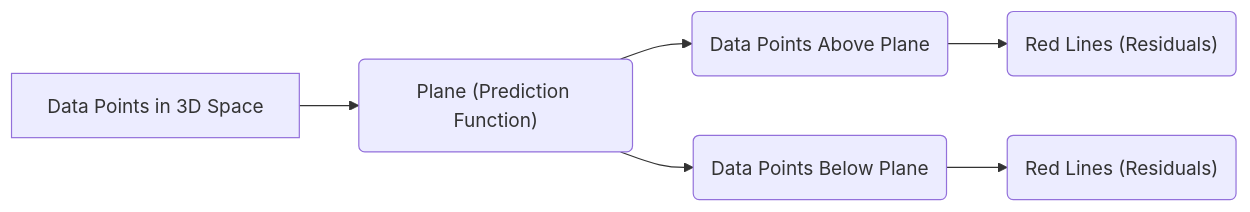
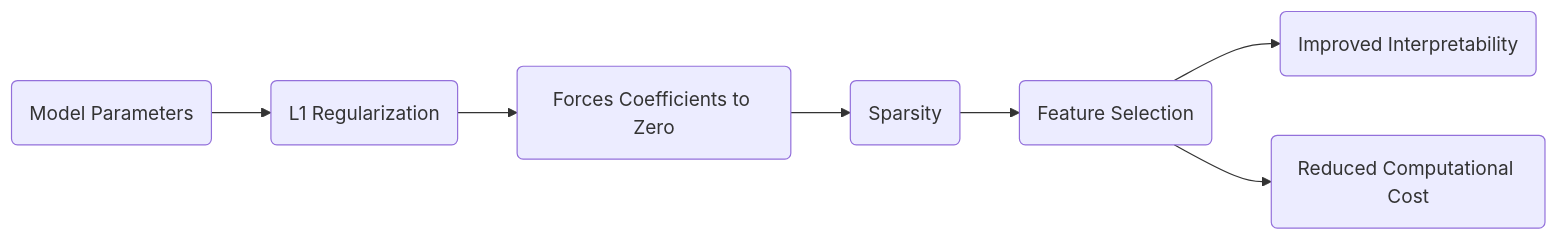
Before and after one commit to diegomrodrigues/statistical_learning_notes: the third of 5 diagrams in 01. Linear Regression/01. Key Themes/01. Bias Variance Tradeoff.md, drawn with Mermaid. The commit also changed other lines of this file, not shown here.

````diff
--- a/01. Linear Regression/01. Key Themes/01. Bias Variance Tradeoff.md
+++ b/01. Linear Regression/01. Key Themes/01. Bias Variance Tradeoff.md
@@ -120,8 +187,9 @@
 ```mermaid
 graph LR
-    A["Data Points in 3D Space"] --> B("Plane (Prediction Function)");
-    B --> C("Data Points Above Plane");
-    B --> D("Data Points Below Plane");
-    C --> E("Red Lines (Residuals)");
-    D --> F("Red Lines (Residuals)");
+    A("Model Parameters") --> B("L1 Regularization");
+    B --> C("Forces Coefficients to Zero");
+    C --> D("Sparsity");
+    D --> E("Feature Selection");
+    E --> F("Improved Interpretability");
+    E --> G("Reduced Computational Cost");
 ```
````
